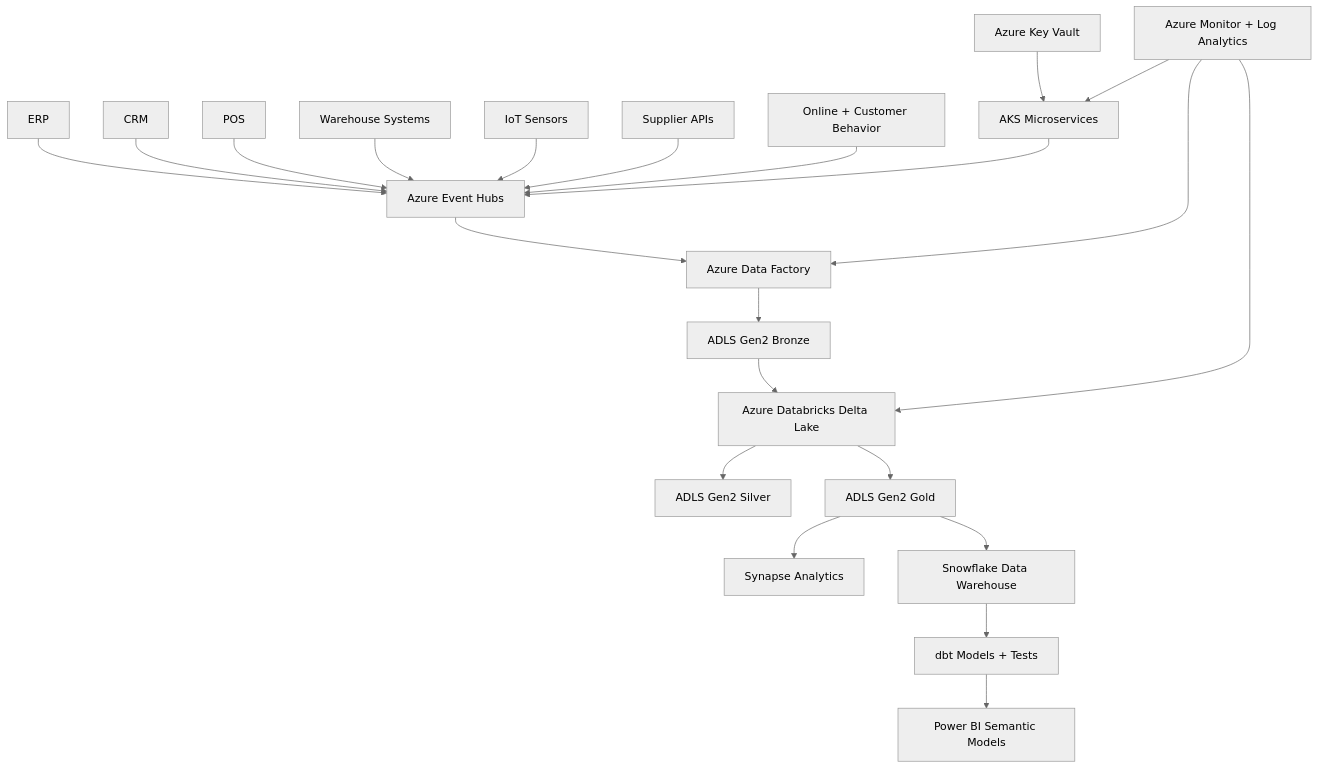
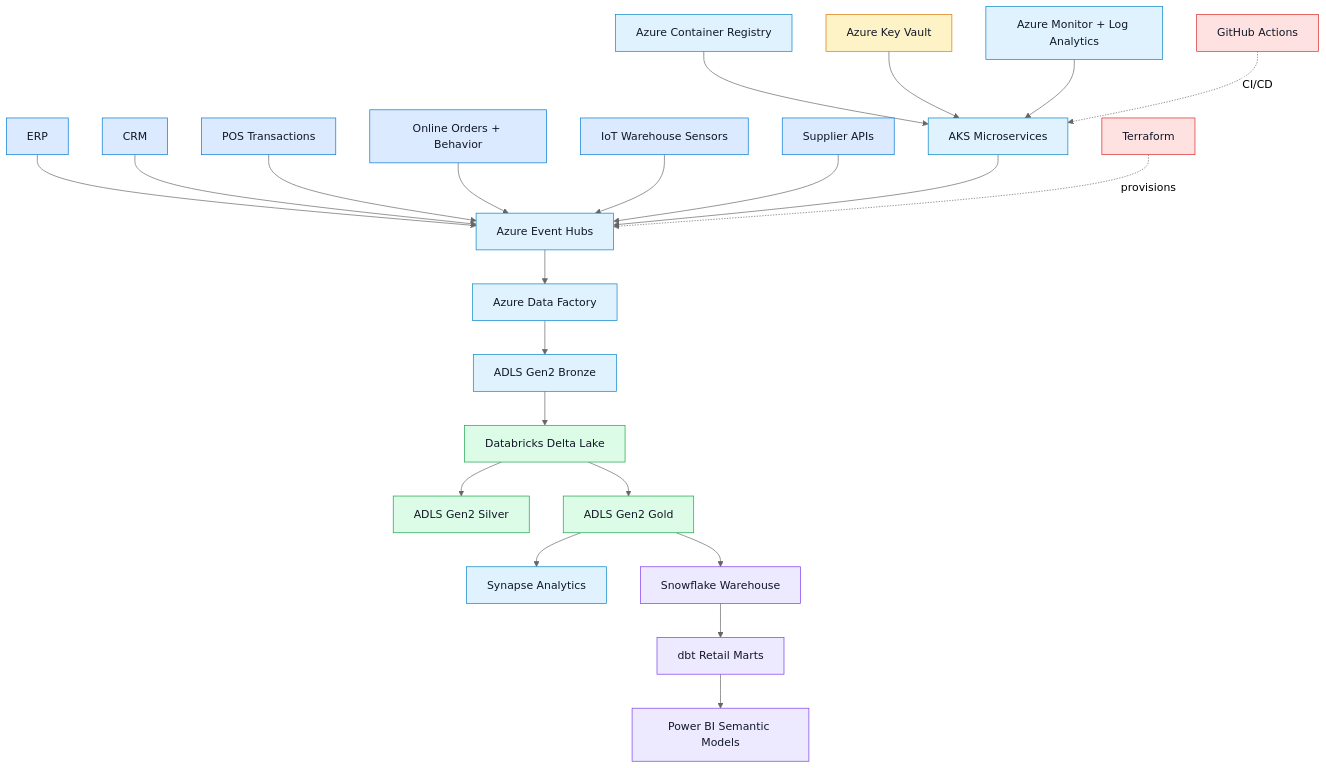
One commit to sujoy-halder/enterprise-global-retail-data-platform-azure changed the diagram in README.md. Above: the diagram before and after it, drawn with Mermaid (neutral theme). The commit also changed other lines of this file, not shown here.

````diff
--- a/README.md
+++ b/README.md
@@ -9,24 +45,41 @@
 ```mermaid
 flowchart TD
-  erp["ERP"] --> eh["Azure Event Hubs"]
-  crm["CRM"] --> eh
-  pos["POS"] --> eh
-  wh["Warehouse Systems"] --> eh
-  iot["IoT Sensors"] --> eh
-  suppliers["Supplier APIs"] --> eh
-  web["Online + Customer Behavior"] --> eh
-  eh --> adf["Azure Data Factory"]
-  adf --> bronze["ADLS Gen2 Bronze"]
-  bronze --> dbx["Azure Databricks Delta Lake"]
-  dbx --> silver["ADLS Gen2 Silver"]
-  dbx --> gold["ADLS Gen2 Gold"]
-  gold --> synapse["Synapse Analytics"]
-  gold --> snowflake["Snowflake Data Warehouse"]
-  snowflake --> dbt["dbt Models + Tests"]
-  dbt --> powerbi["Power BI Semantic Models"]
-  aks["AKS Microservices"] --> eh
-  kv["Azure Key Vault"] --> aks
-  monitor["Azure Monitor + Log Analytics"] --> aks
-  monitor --> dbx
-  monitor --> adf
+    ERP["ERP"] --> EH["Azure Event Hubs"]
+    CRM["CRM"] --> EH
+    POS["POS Transactions"] --> EH
+    WEB["Online Orders + Behavior"] --> EH
+    IOT["IoT Warehouse Sensors"] --> EH
+    SUP["Supplier APIs"] --> EH
+
+    EH --> ADF["Azure Data Factory"]
+    ADF --> BRONZE["ADLS Gen2 Bronze"]
+    BRONZE --> DBX["Databricks Delta Lake"]
+    DBX --> SILVER["ADLS Gen2 Silver"]
+    DBX --> GOLD["ADLS Gen2 Gold"]
+
+    GOLD --> SYN["Synapse Analytics"]
+    GOLD --> SNOW["Snowflake Warehouse"]
+    SNOW --> DBT["dbt Retail Marts"]
+    DBT --> BI["Power BI Semantic Models"]
+
+    AKS["AKS Microservices"] --> EH
+    ACR["Azure Container Registry"] --> AKS
+    KV["Azure Key Vault"] --> AKS
+    MON["Azure Monitor + Log Analytics"] --> AKS
+    GHA["GitHub Actions"] -. CI/CD .-> AKS
+    TF["Terraform"] -. provisions .-> EH
+
+    classDef source fill:#DBEAFE,stroke:#0078D4,color:#111827;
+    classDef azure fill:#E0F2FE,stroke:#0284C7,color:#111827;
+    classDef lake fill:#DCFCE7,stroke:#16A34A,color:#111827;
+    classDef warehouse fill:#EDE9FE,stroke:#7C3AED,color:#111827;
+    classDef security fill:#FEF3C7,stroke:#D97706,color:#111827;
+    classDef devops fill:#FEE2E2,stroke:#DC2626,color:#111827;
+
+    class ERP,CRM,POS,WEB,IOT,SUP source;
+    class EH,ADF,BRONZE,AKS,ACR,MON,SYN azure;
+    class DBX,SILVER,GOLD lake;
+    class SNOW,DBT,BI warehouse;
+    class KV security;
+    class GHA,TF devops;
 ```
````
